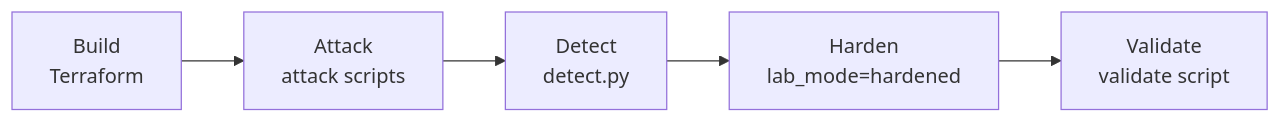
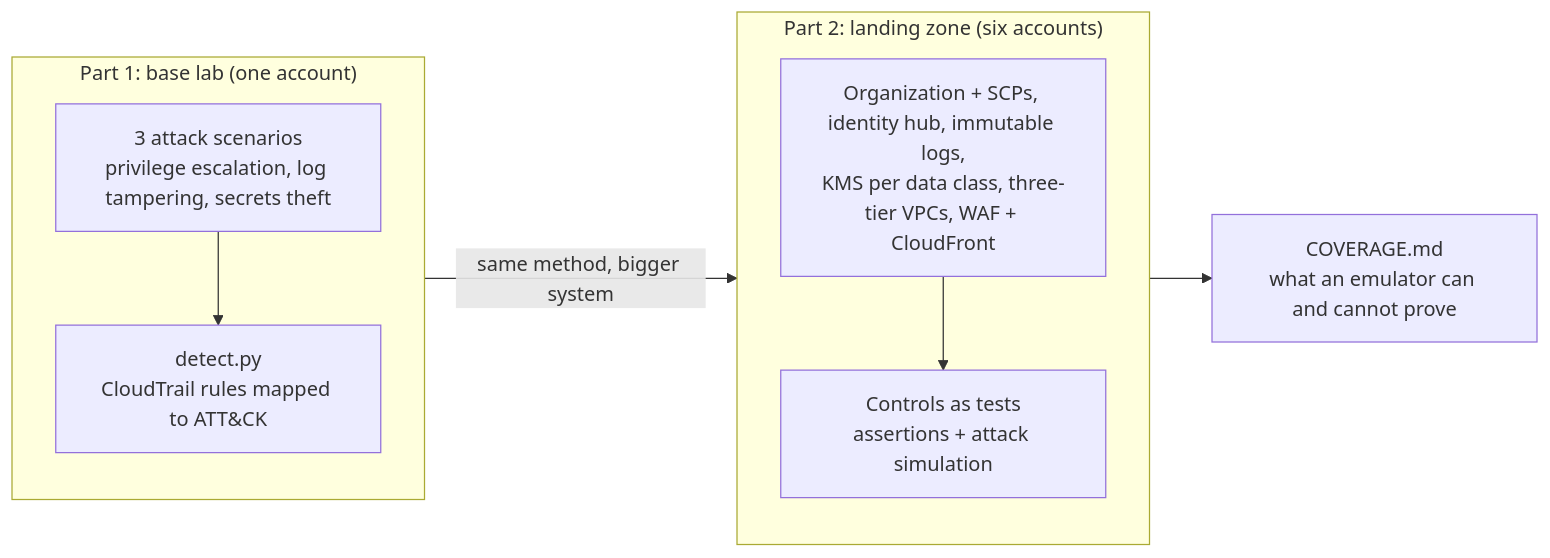
The diagram in README.md (roshanrt/aws-security-lab), drawn with Mermaid before and after one commit. The commit also changed other lines of this file and 30 other files, not shown here.

First line of the commit message:
Add enterprise landing zone and project overview

````diff
--- a/README.md
+++ b/README.md
@@ -7,7 +13,17 @@
 ```mermaid
 flowchart LR
-  B["Build<br/>Terraform"] --> A["Attack<br/>attack scripts"]
-  A --> D["Detect<br/>detect.py"]
-  D --> H["Harden<br/>lab_mode=hardened"]
-  H --> V["Validate<br/>validate script"]
+  subgraph P1["Part 1: base lab (one account)"]
+    direction TB
+    S1["3 attack scenarios<br/>privilege escalation, log tampering, secrets theft"]
+    D1["detect.py<br/>CloudTrail rules mapped to ATT&CK"]
+    S1 --> D1
+  end
+  subgraph P2["Part 2: landing zone (six accounts)"]
+    direction TB
+    L["Organization + SCPs, identity hub, immutable logs,<br/>KMS per data class, three-tier VPCs, WAF + CloudFront"]
+    T["Controls as tests<br/>assertions + attack simulation"]
+    L --> T
+  end
+  P1 -->|"same method, bigger system"| P2
+  P2 --> C["COVERAGE.md<br/>what an emulator can and cannot prove"]
 ```
````
